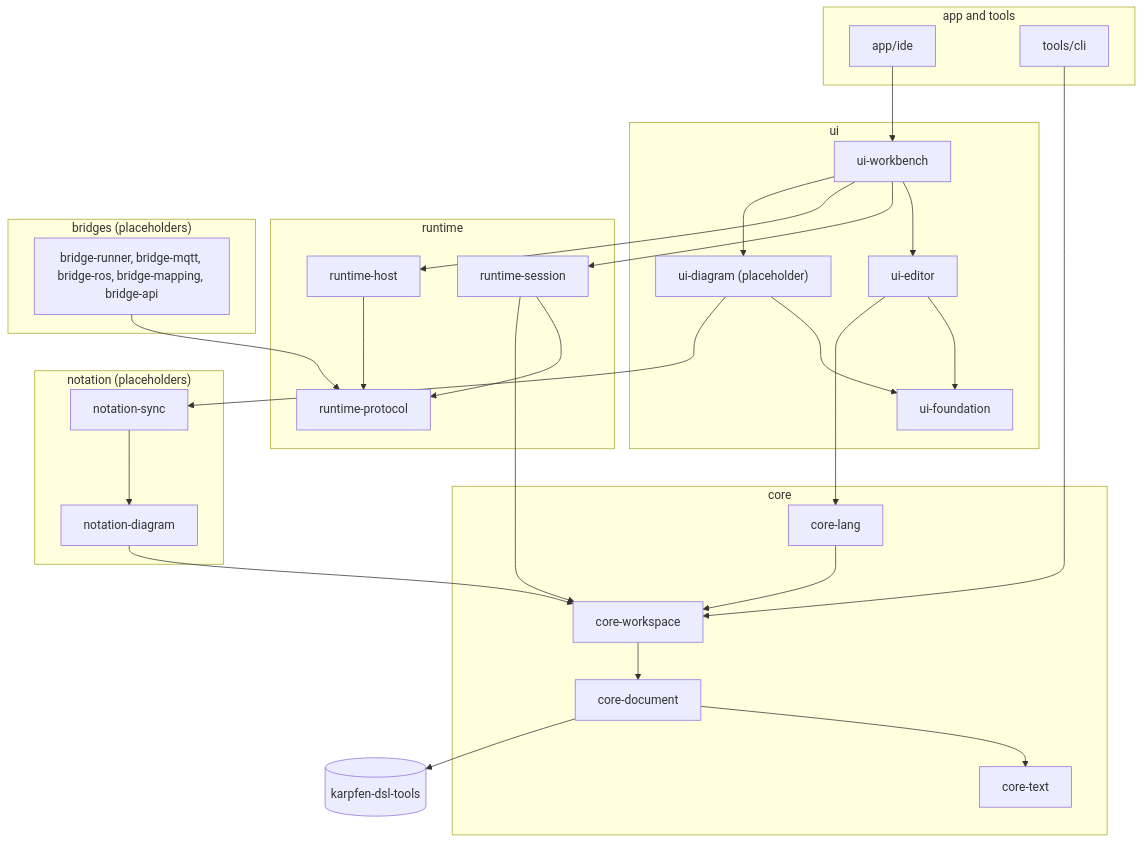
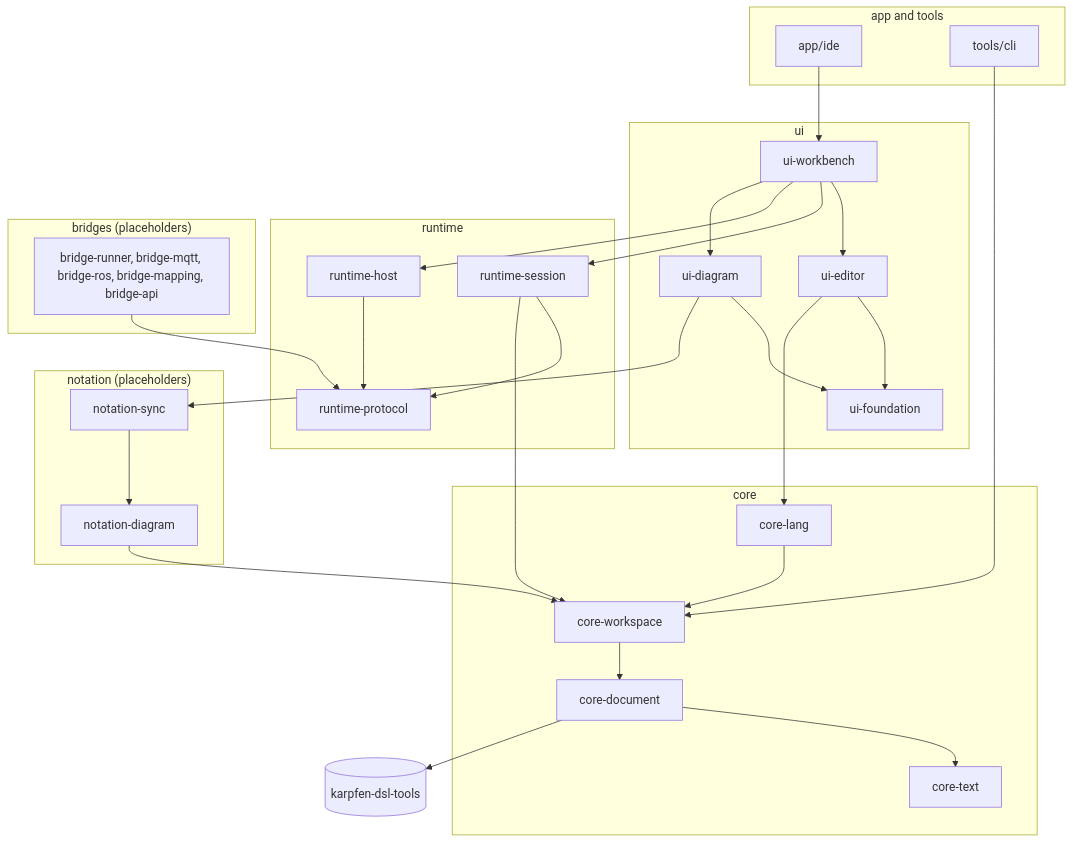
One commit to karpfenproject/karpfen-IDE changed the diagram in docs/archdoc.md. Above: the diagram before and after it, drawn with Mermaid. The commit also changed other lines of this file and 27 other files, not shown here.

````diff
--- a/docs/archdoc.md
+++ b/docs/archdoc.md
@@ -74,44 +74,44 @@
 ```mermaid
 flowchart TD
     subgraph appGroup ["app and tools"]
         ide["app/ide"]
         cli["tools/cli"]
     end
     subgraph uiGroup ["ui"]
         workbench["ui-workbench"]
         editor["ui-editor"]
         foundation["ui-foundation"]
-        uidiagram["ui-diagram (placeholder)"]
+        uidiagram["ui-diagram"]
     end
     subgraph runtimeGroup ["runtime"]
         session["runtime-session"]
         host["runtime-host"]
         protocol["runtime-protocol"]
     end
     subgraph notationGroup ["notation (placeholders)"]
         nsync["notation-sync"]
         ndiagram["notation-diagram"]
     end
     subgraph bridgesGroup ["bridges (placeholders)"]
         bridges["bridge-runner, bridge-mqtt, bridge-ros, bridge-mapping, bridge-api"]
     end
     subgraph coreGroup ["core"]
         lang["core-lang"]
         workspace["core-workspace"]
         document["core-document"]
         coretext["core-text"]
     end
     dsltools[("karpfen-dsl-tools")]
 
     ide --> workbench
     cli --> workspace
     workbench --> editor & session & host & uidiagram
     editor --> foundation & lang
     uidiagram --> foundation & nsync
     nsync --> ndiagram --> workspace
     session --> protocol & workspace
     host --> protocol
     bridges --> protocol
     lang --> workspace --> document
     document --> coretext & dsltools
 ```
````
